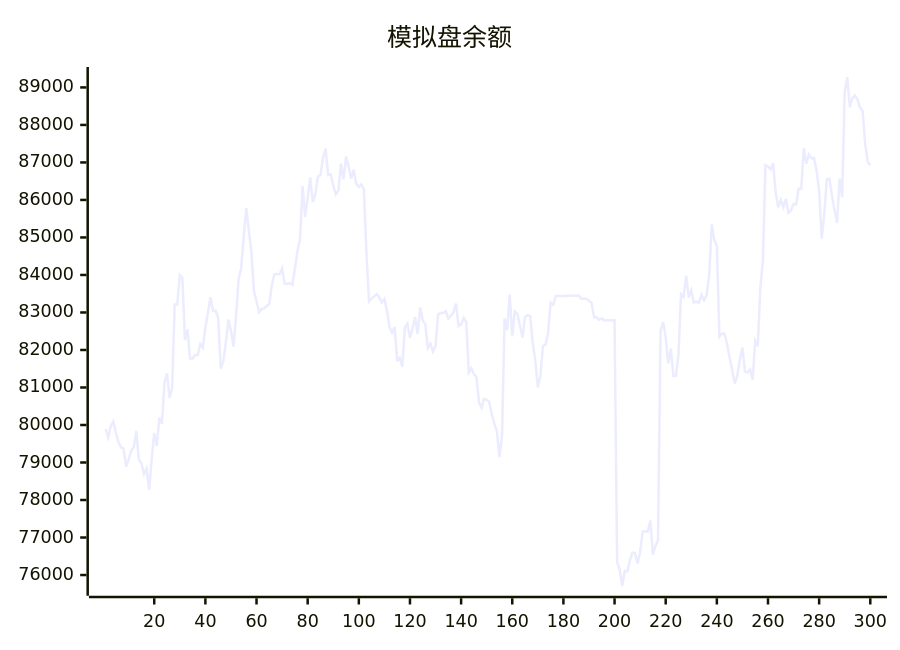
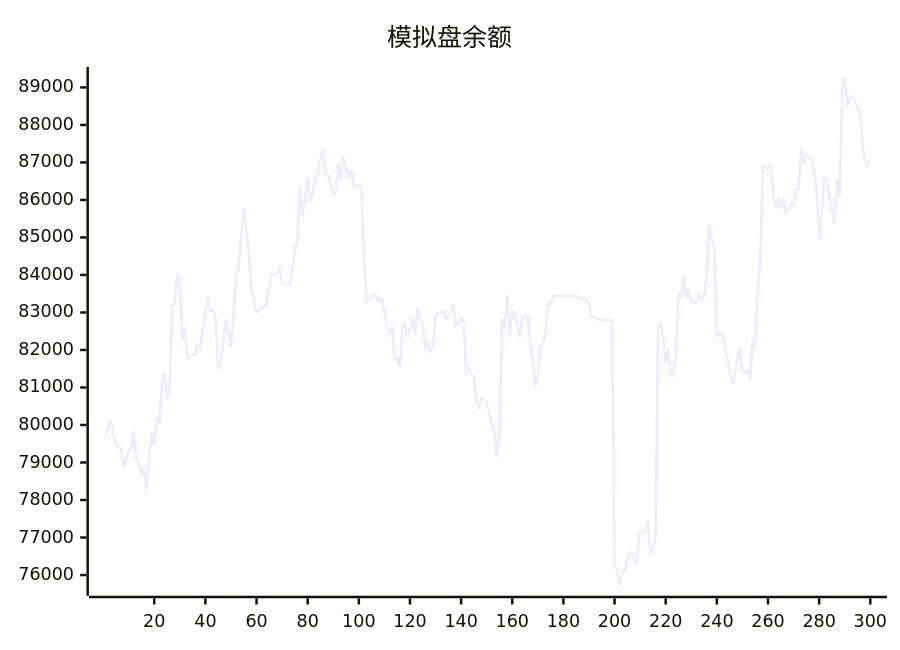
The diagram in README.md (aahl/ai-trading), drawn with Mermaid before and after one commit. The commit also changed other lines of this file and 1 other file, not shown here.

````diff
--- a/README.md
+++ b/README.md
@@ -5,5 +5,5 @@
 ```mermaid
 xychart
     title "模拟盘余额"
-    line [79894,79670,79965,80093,79786,79542,79406,79371,78893,79087,79304,79406,79841,79072,78978,78696,78846,78272,79085,79787,79442,80198,80031,81120,81379,80718,80985,83214,83212,83993,83921,82270,82547,81776,81776,81866,81866,82158,82061,82596,83000,83408,83041,83050,82858,81503,81691,82188,82812,82517,82092,82901,83898,84180,85030,85781,85178,84604,83569,83298,83008,83093,83107,83175,83228,83729,84025,84017,84019,84177,83775,83762,83785,83738,84160,84639,84939,86370,85548,86046,86599,85942,86161,86622,86664,87115,87369,86666,86685,86384,86152,86243,86969,86548,87164,86885,86566,86809,86427,86348,86417,86273,84538,83299,83369,83430,83490,83404,83270,83362,83056,82605,82459,82614,81734,81788,81551,82598,82702,82320,82580,82878,82426,83139,82778,82686,82056,82166,81963,82110,82951,82983,82984,83038,82838,82915,82998,83235,82642,82682,82858,82746,81396,81512,81362,81277,80600,80461,80699,80673,80616,80288,80038,79836,79142,79722,82837,82533,83480,82366,83032,82960,82654,82330,82883,82934,82901,82188,81728,81005,81298,82110,82135,82449,83264,83203,83440,83439,83440,83440,83446,83447,83448,83447,83448,83449,83369,83369,83369,83313,83256,82872,82873,82801,82844,82785,82791,82791,82793,82794,76339,76145,75714,76110,76096,76397,76594,76585,76310,76607,77160,77170,77160,77456,76541,76774,76927,82520,82744,82337,81639,82040,81307,81314,81887,83490,83414,83984,83396,83594,83261,83287,83253,83470,83327,83465,83987,85348,84930,84786,82355,82433,82438,82167,81795,81466,81105,81315,81756,82064,81426,81398,81481,81210,82242,82099,83658,84359,86925,86892,86814,86980,86203,85802,86003,85811,86028,85657,85721,85896,85880,86300,86299,87378,86965,87214,87115,87118,86780,86238,84966,85623,86555,86562,86129,85722,85387,86569,86070,88870,89278,88477,88720,88781,88668,88467,88372,87493,87018,86917]
+    line [79670,79965,80093,79786,79542,79406,79371,78893,79087,79304,79406,79841,79072,78978,78696,78846,78272,79085,79787,79442,80198,80031,81120,81379,80718,80985,83214,83212,83993,83921,82270,82547,81776,81776,81866,81866,82158,82061,82596,83000,83408,83041,83050,82858,81503,81691,82188,82812,82517,82092,82901,83898,84180,85030,85781,85178,84604,83569,83298,83008,83093,83107,83175,83228,83729,84025,84017,84019,84177,83775,83762,83785,83738,84160,84639,84939,86370,85548,86046,86599,85942,86161,86622,86664,87115,87369,86666,86685,86384,86152,86243,86969,86548,87164,86885,86566,86809,86427,86348,86417,86273,84538,83299,83369,83430,83490,83404,83270,83362,83056,82605,82459,82614,81734,81788,81551,82598,82702,82320,82580,82878,82426,83139,82778,82686,82056,82166,81963,82110,82951,82983,82984,83038,82838,82915,82998,83235,82642,82682,82858,82746,81396,81512,81362,81277,80600,80461,80699,80673,80616,80288,80038,79836,79142,79722,82837,82533,83480,82366,83032,82960,82654,82330,82883,82934,82901,82188,81728,81005,81298,82110,82135,82449,83264,83203,83440,83439,83440,83440,83446,83447,83448,83447,83448,83449,83369,83369,83369,83313,83256,82872,82873,82801,82844,82785,82791,82791,82793,82794,76339,76145,75714,76110,76096,76397,76594,76585,76310,76607,77160,77170,77160,77456,76541,76774,76927,82520,82744,82337,81639,82040,81307,81314,81887,83490,83414,83984,83396,83594,83261,83287,83253,83470,83327,83465,83987,85348,84930,84786,82355,82433,82438,82167,81795,81466,81105,81315,81756,82064,81426,81398,81481,81210,82242,82099,83658,84359,86925,86892,86814,86980,86203,85802,86003,85811,86028,85657,85721,85896,85880,86300,86299,87378,86965,87214,87115,87118,86780,86238,84966,85623,86555,86562,86129,85722,85387,86569,86070,88870,89278,88477,88720,88781,88668,88467,88372,87493,87018,86917,87102]
 ```
````
